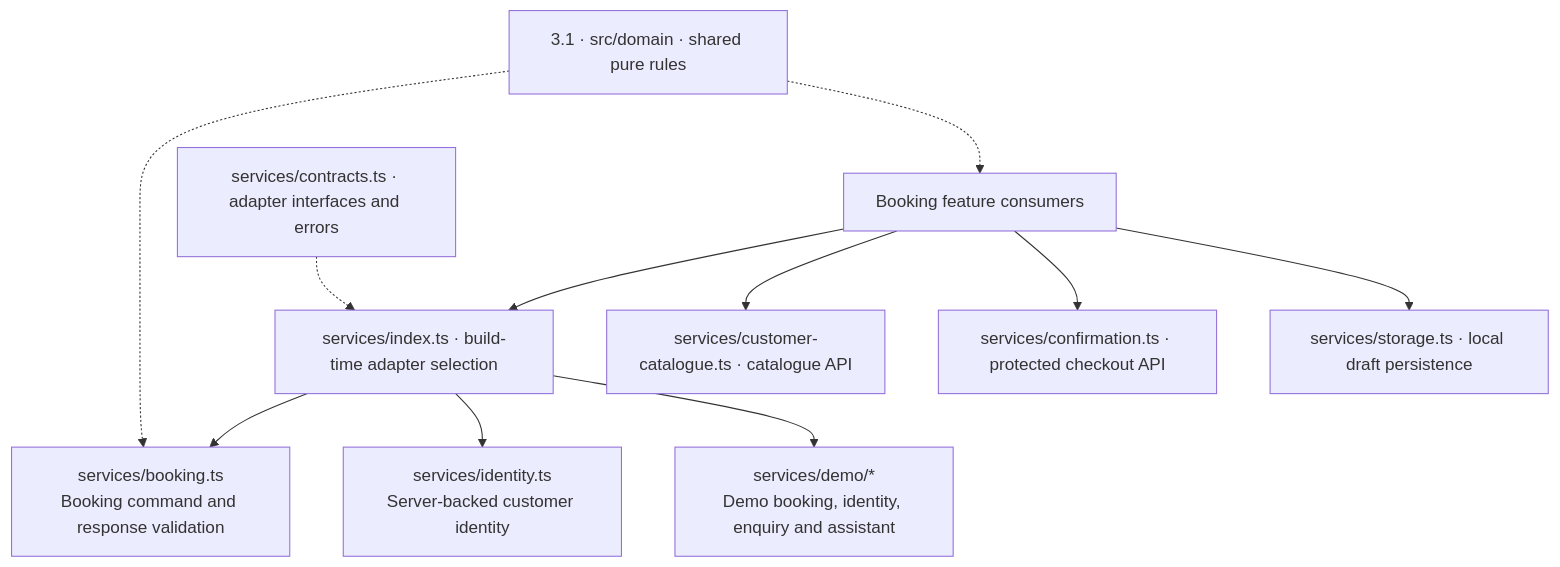
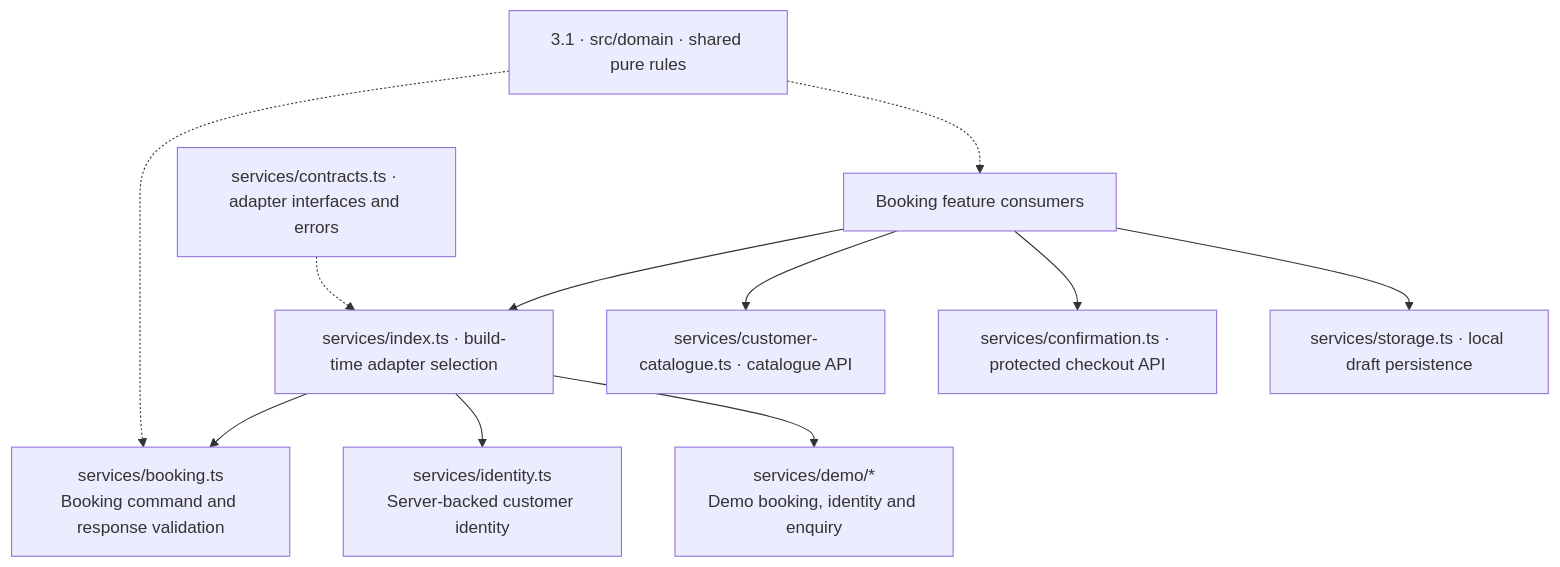
One commit to soccerbotstudiosg/soccerbotstudioSG changed the fourth of 15 diagrams in docs/code-owners/index.md. Above: the diagram before and after it, drawn with Mermaid. The commit also changed other lines of this file and 89 other files, not shown here.

````diff
--- a/docs/code-owners/index.md
+++ b/docs/code-owners/index.md
@@ -71,14 +71,14 @@
 ```mermaid
 flowchart TB
   Services["services/index.ts · build-time adapter selection"]
   Services --> Booking["services/booking.ts<br/>Booking command and response validation"]
   Services --> Identity["services/identity.ts<br/>Server-backed customer identity"]
-  Services --> Demo["services/demo/*<br/>Demo booking, identity, enquiry and assistant"]
+  Services --> Demo["services/demo/*<br/>Demo booking, identity and enquiry"]
   Browser["Booking feature consumers"] --> Services
   Browser --> Catalogue["services/customer-catalogue.ts · catalogue API"]
   Browser --> Confirm["services/confirmation.ts · protected checkout API"]
   Browser --> Storage["services/storage.ts · local draft persistence"]
   Contracts["services/contracts.ts · adapter interfaces and errors"] -.-> Services
   Rules["3.1 · src/domain · shared pure rules"] -.-> Booking
   Rules -.-> Browser
 ```
````
